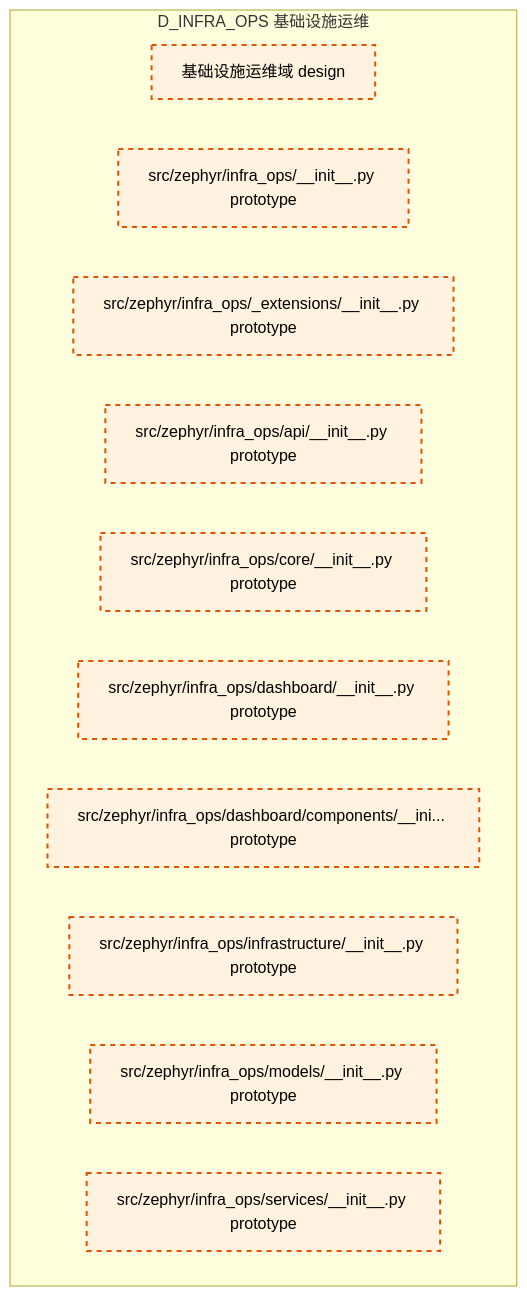
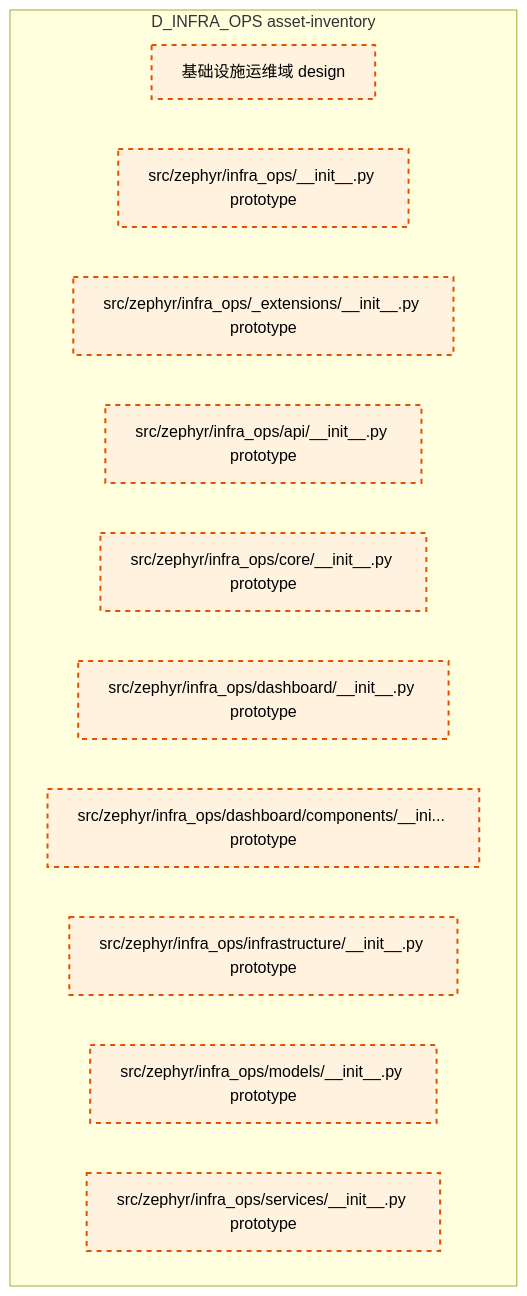
One commit to xuanFelixVan/ZephyrAlpha changed the diagram in docs/02_enterprise_architecture/02_domain_architecture_docs/02_d_infra_ops.md. Above: the diagram before and after it, drawn with Mermaid. The commit also changed other lines of this file and 105 other files, not shown here.

````diff
--- a/docs/02_enterprise_architecture/02_domain_architecture_docs/02_d_infra_ops.md
+++ b/docs/02_enterprise_architecture/02_domain_architecture_docs/02_d_infra_ops.md
@@ -47,20 +47,20 @@
 ```mermaid
 graph TD
-    subgraph D_INFRA_OPS["D_INFRA_OPS 基础设施运维"]
+    subgraph D_INFRA_OPS["D_INFRA_OPS asset-inventory"]
         src_zephyr_infra_ops["基础设施运维域 design"]
         src_zephyr_infra_ops_init_py["src/zephyr/infra_ops/__init__.py prototype"]
         src_zephyr_infra_ops_extensions_init_py["src/zephyr/infra_ops/_extensions/__init__.py prototype"]
         src_zephyr_infra_ops_api_init_py["src/zephyr/infra_ops/api/__init__.py prototype"]
         src_zephyr_infra_ops_core_init_py["src/zephyr/infra_ops/core/__init__.py prototype"]
         src_zephyr_infra_ops_dashboard_init_py["src/zephyr/infra_ops/dashboard/__init__.py prototype"]
         src_zephyr_infra_ops_dashboard_components_init_py["src/zephyr/infra_ops/dashboard/components/__ini... prototype"]
         src_zephyr_infra_ops_infrastructure_init_py["src/zephyr/infra_ops/infrastructure/__init__.py prototype"]
         src_zephyr_infra_ops_models_init_py["src/zephyr/infra_ops/models/__init__.py prototype"]
         src_zephyr_infra_ops_services_init_py["src/zephyr/infra_ops/services/__init__.py prototype"]
     end
     classDef production fill:#e1f5fe,stroke:#01579b,stroke-width:2px,color:#000
     classDef design fill:#fff3e0,stroke:#e65100,stroke-width:2px,color:#000,stroke-dasharray: 5 5
     classDef external_prod fill:#e8f5e9,stroke:#1b5e20,stroke-width:1px,color:#000
     classDef external_design fill:#fce4ec,stroke:#880e4f,stroke-width:1px,color:#000,stroke-dasharray: 5 5
     class src_zephyr_infra_ops,src_zephyr_infra_ops_init_py,src_zephyr_infra_ops_extensions_init_py,src_zephyr_infra_ops_api_init_py,src_zephyr_infra_ops_core_init_py,src_zephyr_infra_ops_dashboard_init_py,src_zephyr_infra_ops_dashboard_components_init_py,src_zephyr_infra_ops_infrastructure_init_py,src_zephyr_infra_ops_models_init_py,src_zephyr_infra_ops_services_init_py design
 ```
````
